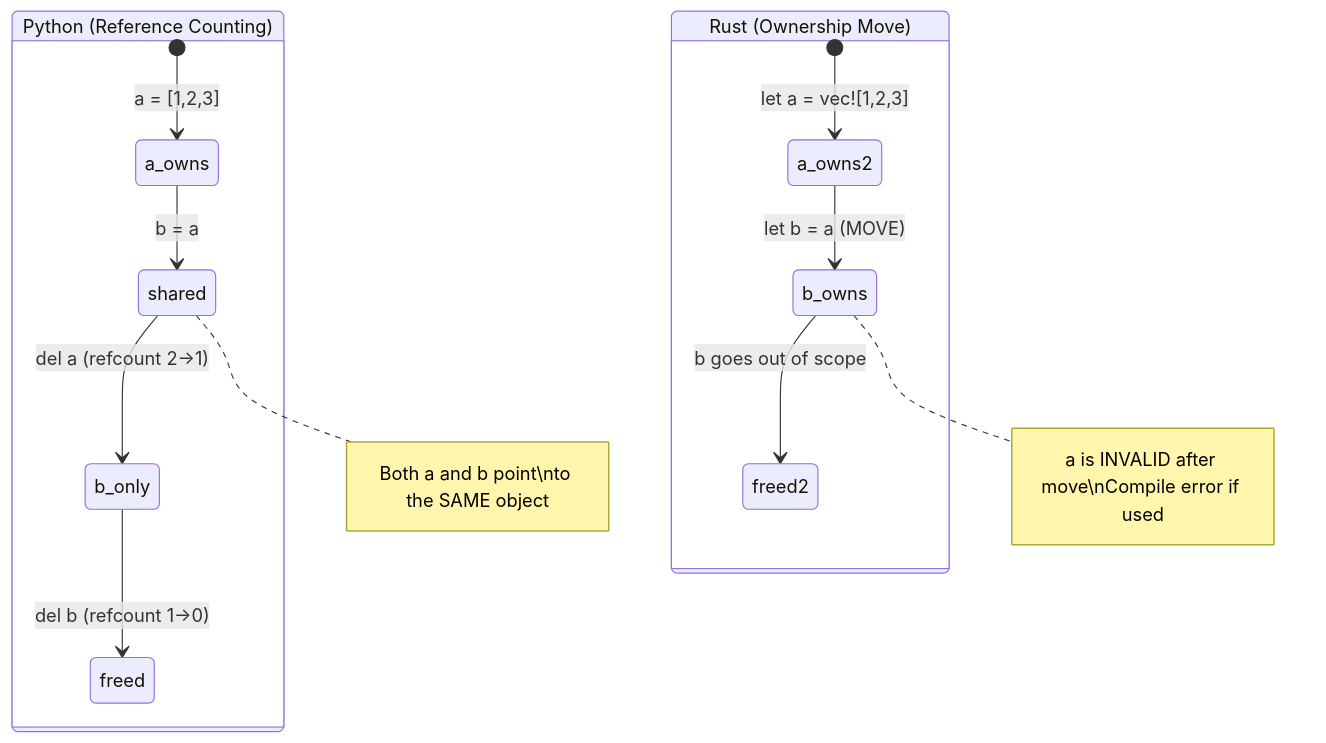
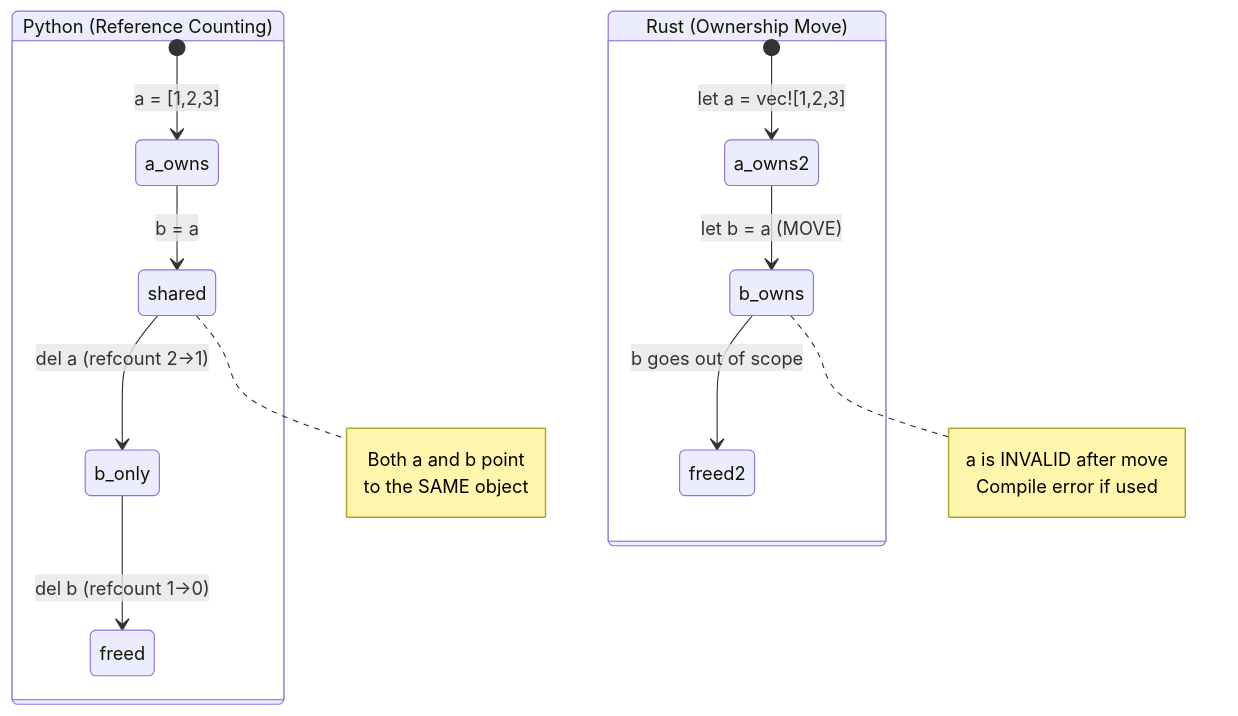
One commit to ruhankhandakar/rust-learning-microsoft changed the first of 2 diagrams in content/python-book/ch07-ownership-and-borrowing.md. Above: the diagram before and after it, drawn with Mermaid. The commit also changed other lines of this file and 29 other files, not shown here.

````diff
--- a/content/python-book/ch07-ownership-and-borrowing.md
+++ b/content/python-book/ch07-ownership-and-borrowing.md
@@ -95,16 +95,16 @@
 ```mermaid
 stateDiagram-v2
     state "Python (Reference Counting)" as PY {
         [*] --> a_owns: a = [1,2,3]
         a_owns --> shared: b = a
         shared --> b_only: del a (refcount 2→1)
         b_only --> freed: del b (refcount 1→0)
-        note right of shared: Both a and b point\nto the SAME object
+        note right of shared: Both a and b point<br/>to the SAME object
     }
     state "Rust (Ownership Move)" as RS {
         [*] --> a_owns2: let a = vec![1,2,3]
         a_owns2 --> b_owns: let b = a (MOVE)
         b_owns --> freed2: b goes out of scope
-        note right of b_owns: a is INVALID after move\nCompile error if used
+        note right of b_owns: a is INVALID after move<br/>Compile error if used
     }
 ```
````
